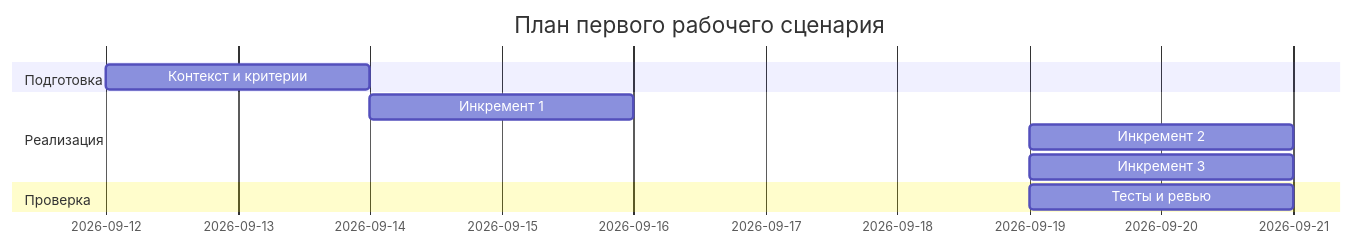
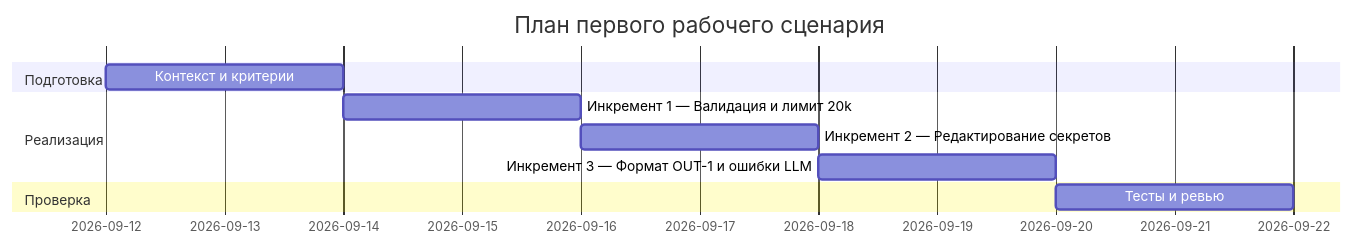
One commit to Anrean-L/ITMOv2 changed the diagram in practices/practice_01/project_management.md. Above: the diagram before and after it, drawn with Mermaid. The commit also changed 9 other files, not shown here.

````diff
--- a/practices/practice_01/project_management.md
+++ b/practices/practice_01/project_management.md
@@ -13,13 +13,13 @@
 ```mermaid
 gantt
     title План первого рабочего сценария
     dateFormat  YYYY-MM-DD
     section Подготовка
     Контекст и критерии :a1, 2026-09-12, 2d
     section Реализация
-    Инкремент 1: Валидация и лимит 20k :a2, after a1, 2d
-    Инкремент 2: Редактирование секретов :a3, after a2, 2d
-    Инкремент 3: Формат OUT-1 и ошибки LLM :a4, after a3, 2d
+    Инкремент 1 — Валидация и лимит 20k :a2, after a1, 2d
+    Инкремент 2 — Редактирование секретов :a3, after a2, 2d
+    Инкремент 3 — Формат OUT-1 и ошибки LLM :a4, after a3, 2d
     section Проверка
     Тесты и ревью :after a4, 2d
 ```
````
